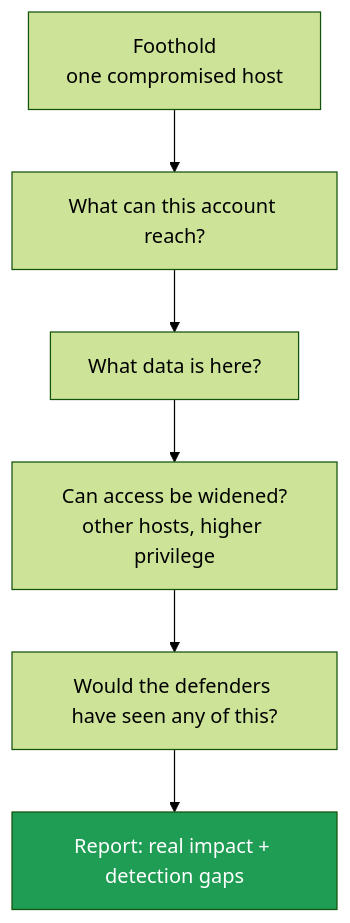
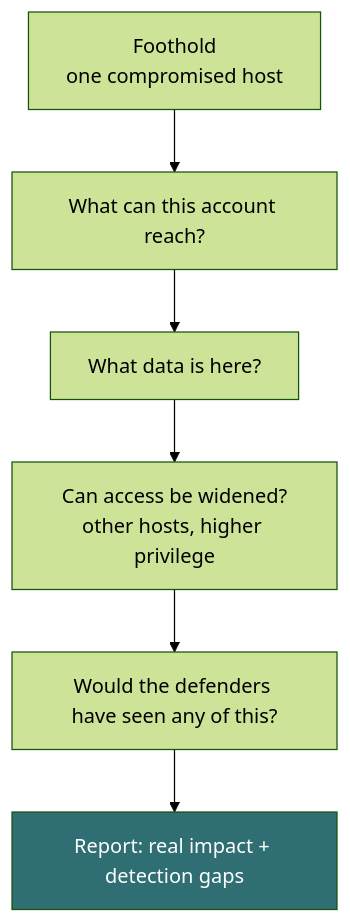
One commit to darkanalytica1/ethical-hacking-cheatsheet changed the diagram in sheets/10-post-exploitation.md. Above: the diagram before and after it, drawn with Mermaid (forest theme). The commit also changed 9 other files, not shown here.

````diff
--- a/sheets/10-post-exploitation.md
+++ b/sheets/10-post-exploitation.md
@@ -12,9 +12,9 @@
 ```mermaid
 flowchart TB
     A[Foothold<br/>one compromised host] --> B[What can this account reach?]
     B --> C[What data is here?]
     C --> D[Can access be widened?<br/>other hosts, higher privilege]
     D --> E[Would the defenders have seen any of this?]
     E --> F[Report: real impact + detection gaps]
-    style F fill:#1f9d55,color:#fff
+    style F fill:#2f6f73,color:#fff
 ```
````
